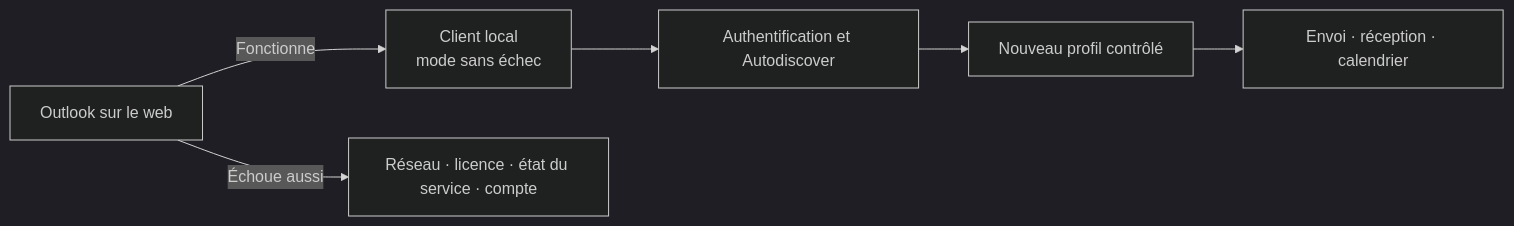
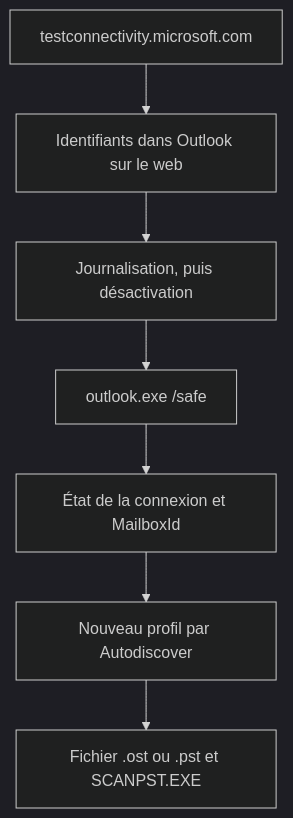
Before and after one commit to sk34pk25/tssr-cours: the diagram in docs/troubleshooting/outlook-connexion.md, drawn with Mermaid (dark theme). The commit also changed other lines of this file and 11 other files, not shown here.

````diff
--- a/docs/troubleshooting/outlook-connexion.md
+++ b/docs/troubleshooting/outlook-connexion.md
@@ -3,5 +7,9 @@
 ```mermaid
-flowchart LR
-    W["Outlook sur le web"] -->|"Fonctionne"| C["Client local<br/>mode sans échec"] --> A["Authentification et Autodiscover"] --> P["Nouveau profil contrôlé"] --> T["Envoi · réception · calendrier"]
-    W -->|"Échoue aussi"| S["Réseau · licence · état du service · compte"]
+flowchart TD
+    A["testconnectivity.microsoft.com"] --> B["Identifiants dans Outlook sur le web"]
+    B --> C["Journalisation, puis désactivation"]
+    C --> D["outlook.exe /safe"]
+    D --> E["État de la connexion et MailboxId"]
+    E --> F["Nouveau profil par Autodiscover"]
+    F --> G["Fichier .ost ou .pst et SCANPST.EXE"]
 ```
````
